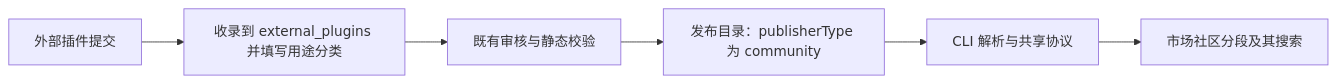
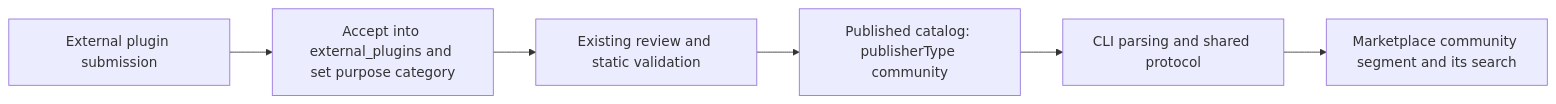
Before and after one commit to osben/ZCode: the first of 5 diagrams in docs/plugins/plugin-market-interactions-scope.md, drawn with Mermaid. The commit also changed other lines of this file and 18 other files, not shown here.

````diff
--- a/docs/plugins/plugin-market-interactions-scope.md
+++ b/docs/plugins/plugin-market-interactions-scope.md
@@ -49,8 +52,8 @@
 ```mermaid
 flowchart LR
-  A[外部插件提交] --> B[收录到 external_plugins 并填写用途分类]
-  B --> C[既有审核与静态校验]
-  C --> D[发布目录：publisherType 为 community]
-  D --> E[CLI 解析与共享协议]
-  E --> F[市场社区分段及其搜索]
+  A[External plugin submission] --> B[Accept into external_plugins and set purpose category]
+  B --> C[Existing review and static validation]
+  C --> D[Published catalog: publisherType community]
+  D --> E[CLI parsing and shared protocol]
+  E --> F[Marketplace community segment and its search]
 ```
````
